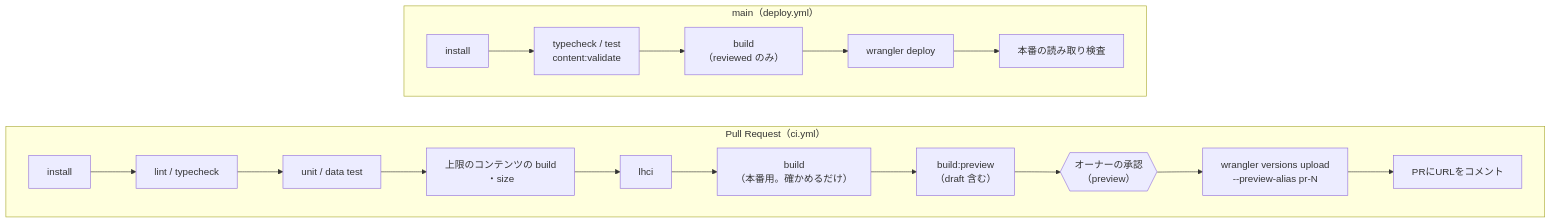
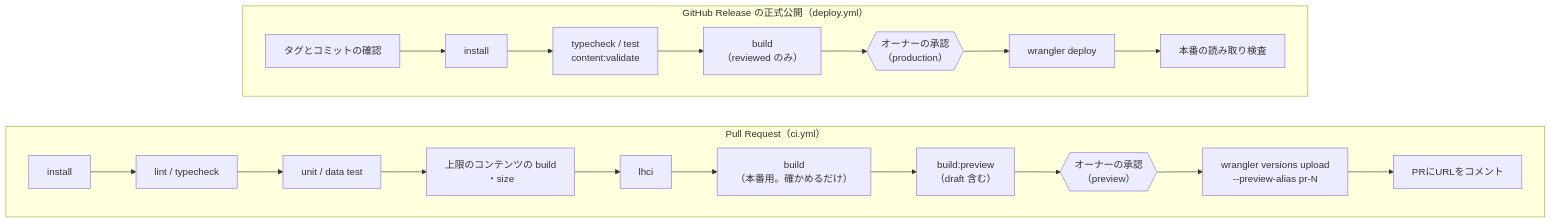
Before and after one commit to vivastack-labs/vivastack-build-maps: the fourth of 5 diagrams in docs/development-overview.md, drawn with Mermaid. The commit also changed other lines of this file and 12 other files, not shown here.

Commit message:
ci: 本番デプロイを GitHub Release の公開で起動する

````diff
--- a/docs/development-overview.md
+++ b/docs/development-overview.md
@@ -1181,22 +1193,24 @@
 ```mermaid
 flowchart LR
   subgraph PR["Pull Request（ci.yml）"]
     direction LR
     A1[install] --> A2[lint / typecheck]
     A2 --> A3[unit / data test]
     A3 --> A4["上限のコンテンツの build<br/>・size"]
     A4 --> A5[lhci]
     A5 --> A6a["build<br/>（本番用。確かめるだけ）"]
     A6a --> A6["build:preview<br/>（draft 含む）"]
     A6 --> AP{{オーナーの承認<br/>（preview）}}
     AP --> A7["wrangler versions upload<br/>--preview-alias pr-N"]
     A7 --> A8[PRにURLをコメント]
   end
-  subgraph MAIN["main（deploy.yml）"]
+  subgraph RELEASE["GitHub Release の正式公開（deploy.yml）"]
     direction LR
-    B1[install] --> B2["typecheck / test<br/>content:validate"]
+    B0[タグとコミットの確認] --> B1[install]
+    B1 --> B2["typecheck / test<br/>content:validate"]
     B2 --> B3["build<br/>（reviewed のみ）"]
-    B3 --> B5[wrangler deploy]
+    B3 --> BP{{オーナーの承認<br/>（production）}}
+    BP --> B5[wrangler deploy]
     B5 --> B6[本番の読み取り検査]
   end
 ```
````
